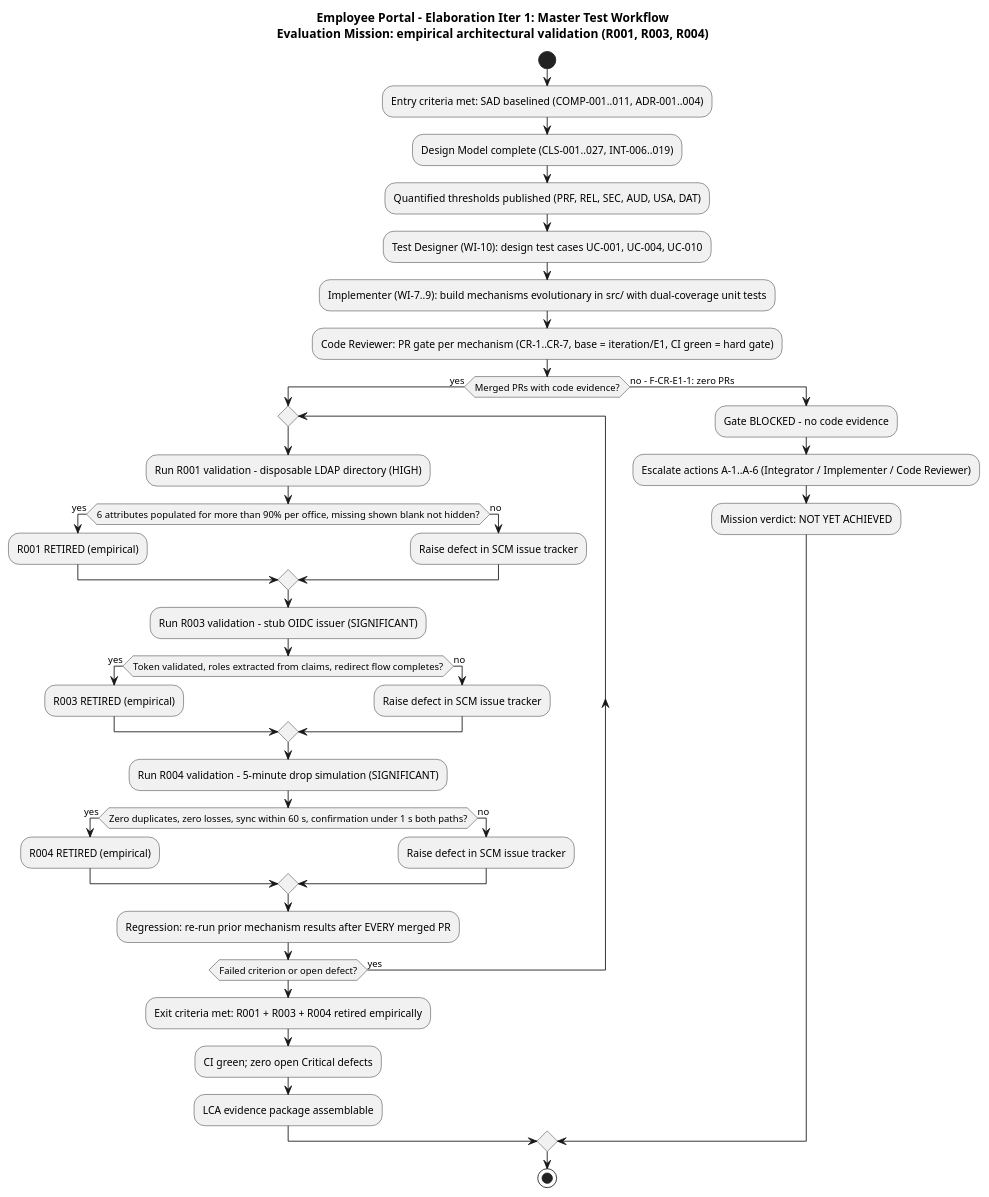
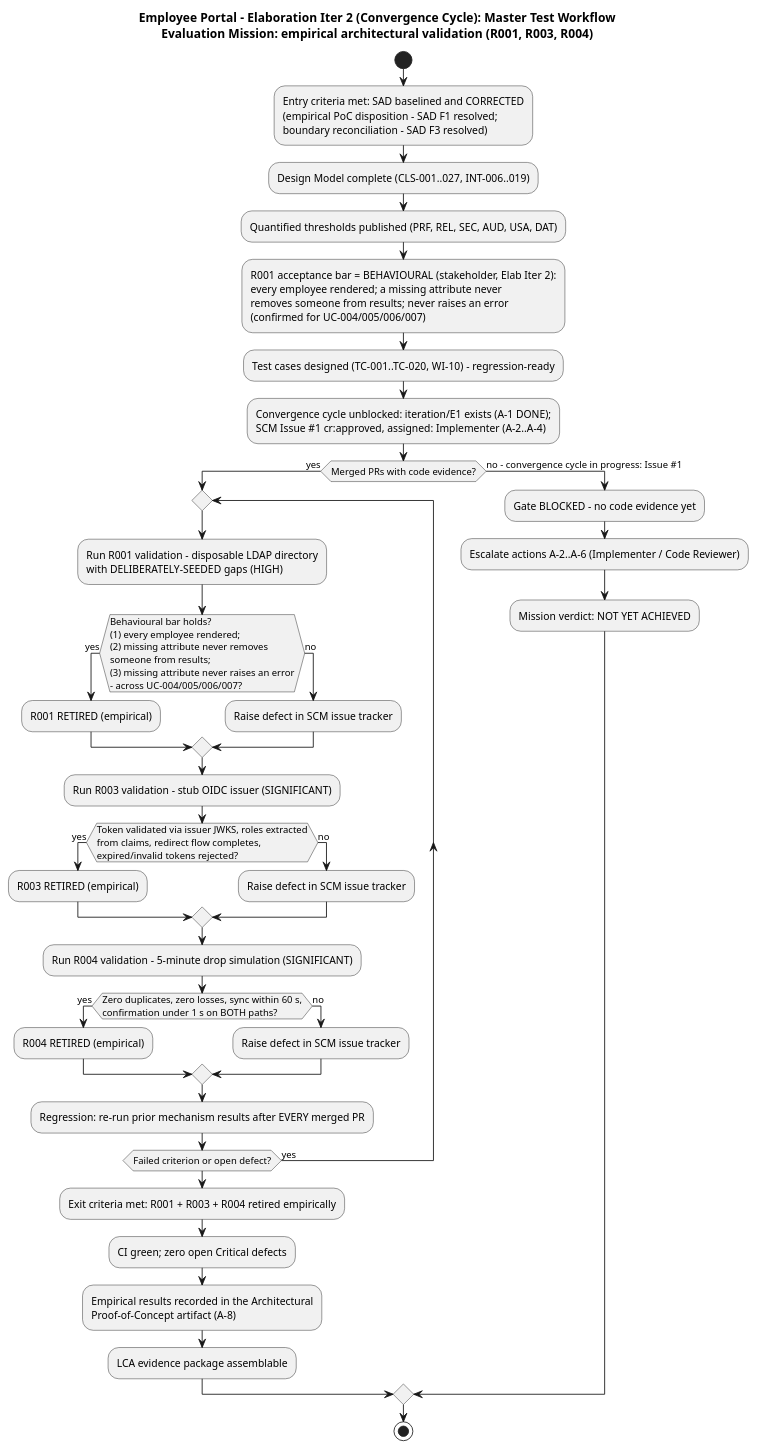
The second of 5 diagrams in docs/artifacts/test/test-evaluation-summary.md (banense-test/employee-portal), drawn with PlantUML before and after one commit. The commit also changed other lines of this file, not shown here.

First line of the commit message:
Test Manager [E2]: upsert Test Evaluation Summary

````diff
--- a/docs/artifacts/test/test-evaluation-summary.md
+++ b/docs/artifacts/test/test-evaluation-summary.md
@@ -101,45 +114,46 @@
 ```plantuml
 @startuml
-title Employee Portal - Elaboration Iter 1: Master Test Workflow\nEvaluation Mission: empirical architectural validation (R001, R003, R004)
+title Employee Portal - Elaboration Iter 2 (Convergence Cycle): Master Test Workflow\nEvaluation Mission: empirical architectural validation (R001, R003, R004)
 
 start
-:Entry criteria met: SAD baselined (COMP-001..011, ADR-001..004);
+:Entry criteria met: SAD baselined and CORRECTED\n(empirical PoC disposition - SAD F1 resolved;\nboundary reconciliation - SAD F3 resolved);
 :Design Model complete (CLS-001..027, INT-006..019);
 :Quantified thresholds published (PRF, REL, SEC, AUD, USA, DAT);
-:Test Designer (WI-10): design test cases UC-001, UC-004, UC-010;
-:Implementer (WI-7..9): build mechanisms evolutionary in src/ with dual-coverage unit tests;
-:Code Reviewer: PR gate per mechanism (CR-1..CR-7, base = iteration/E1, CI green = hard gate);
+:R001 acceptance bar = BEHAVIOURAL (stakeholder, Elab Iter 2):\nevery employee rendered; a missing attribute never\nremoves someone from results; never raises an error\n(confirmed for UC-004/005/006/007);
+:Test cases designed (TC-001..TC-020, WI-10) - regression-ready;
+:Convergence cycle unblocked: iteration/E1 exists (A-1 DONE);\nSCM Issue #1 cr:approved, assigned: Implementer (A-2..A-4);
 
 if (Merged PRs with code evidence?) then (yes)
   repeat
-    :Run R001 validation - disposable LDAP directory (HIGH);
-    if (6 attributes populated for more than 90% per office, missing shown blank not hidden?) then (yes)
+    :Run R001 validation - disposable LDAP directory\nwith DELIBERATELY-SEEDED gaps (HIGH);
+    if (Behavioural bar holds?\n(1) every employee rendered;\n(2) missing attribute never removes\nsomeone from results;\n(3) missing attribute never raises an error\n- across UC-004/005/006/007?) then (yes)
       :R001 RETIRED (empirical);
     else (no)
       :Raise defect in SCM issue tracker;
     endif
     :Run R003 validation - stub OIDC issuer (SIGNIFICANT);
-    if (Token validated, roles extracted from claims, redirect flow completes?) then (yes)
+    if (Token validated via issuer JWKS, roles extracted\nfrom claims, redirect flow completes,\nexpired/invalid tokens rejected?) then (yes)
       :R003 RETIRED (empirical);
     else (no)
       :Raise defect in SCM issue tracker;
     endif
     :Run R004 validation - 5-minute drop simulation (SIGNIFICANT);
-    if (Zero duplicates, zero losses, sync within 60 s, confirmation under 1 s both paths?) then (yes)
+    if (Zero duplicates, zero losses, sync within 60 s,\nconfirmation under 1 s on BOTH paths?) then (yes)
       :R004 RETIRED (empirical);
     else (no)
       :Raise defect in SCM issue tracker;
     endif
     :Regression: re-run prior mechanism results after EVERY merged PR;
   repeat while (Failed criterion or open defect?) is (yes)
   :Exit criteria met: R001 + R003 + R004 retired empirically;
   :CI green; zero open Critical defects;
+  :Empirical results recorded in the Architectural\nProof-of-Concept artifact (A-8);
   :LCA evidence package assemblable;
-else (no - F-CR-E1-1: zero PRs)
-  :Gate BLOCKED - no code evidence;
-  :Escalate actions A-1..A-6 (Integrator / Implementer / Code Reviewer);
+else (no - convergence cycle in progress: Issue #1)
+  :Gate BLOCKED - no code evidence yet;
+  :Escalate actions A-2..A-6 (Implementer / Code Reviewer);
   :Mission verdict: NOT YET ACHIEVED;
 endif
 stop
 @enduml
 ```
````
